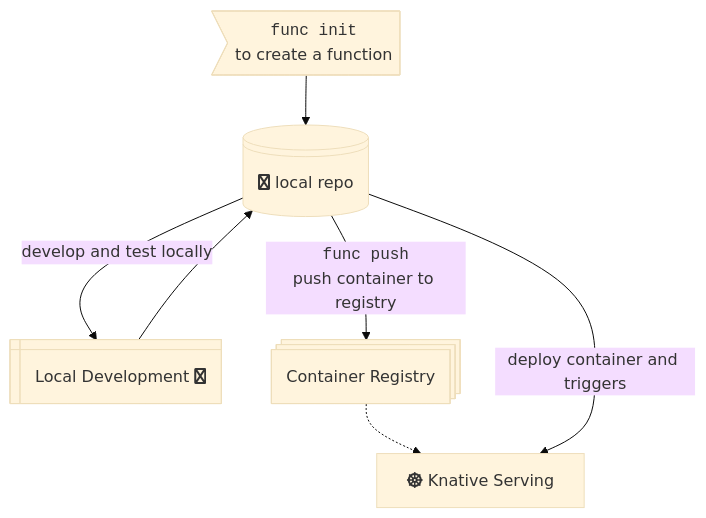
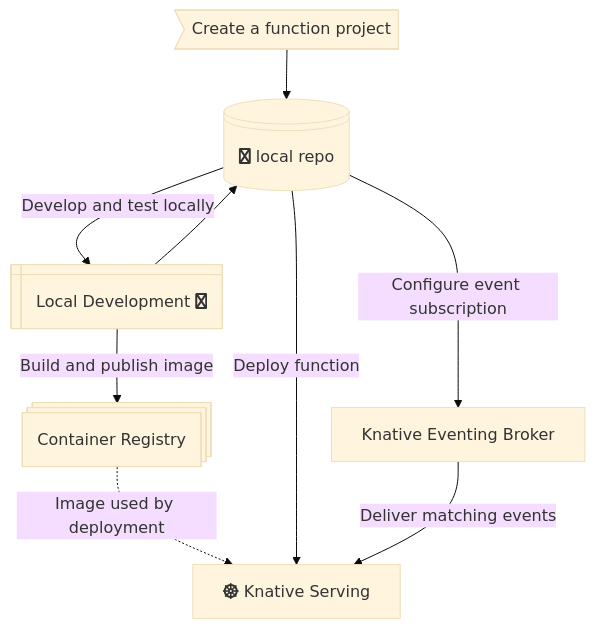
One commit to knative/docs changed the diagram in docs/versioned/README.md. Above: the diagram before and after it, drawn with Mermaid (base theme). The commit also changed other lines of this file and 11 other files, not shown here.

````diff
--- a/docs/versioned/README.md
+++ b/docs/versioned/README.md
@@ -179,16 +206,18 @@
 ``` mermaid
 flowchart TD
-  init>"`<code>func init</code>
-  to create a function`"]
+  create>"Create a function project"]
   git@{ shape: lin-cyl, label: "fa:fa-git-alt local repo" }
   laptop@{ shape: win-pane, label: "Local Development fa:fa-docker" }
   oci@{ shape: procs, label: "Container Registry" }
   cluster@{ label: "fa:fa-dharmachakra Knative Serving" }
+  broker@{ label: "Knative Eventing Broker" }
 
-init --> git
-git --  develop and test locally--> laptop
+create --> git
+git -- Develop and test locally --> laptop
 laptop --> git
-git -- "`<code>func push</code>
-push container to registry`" --> oci -.-> cluster
-git -- deploy container and triggers --> cluster
+laptop -- Build and publish image --> oci
+oci -. Image used by deployment .-> cluster
+git -- Deploy function --> cluster
+git -- Configure event subscription --> broker
+broker -- Deliver matching events --> cluster
 ```
````
